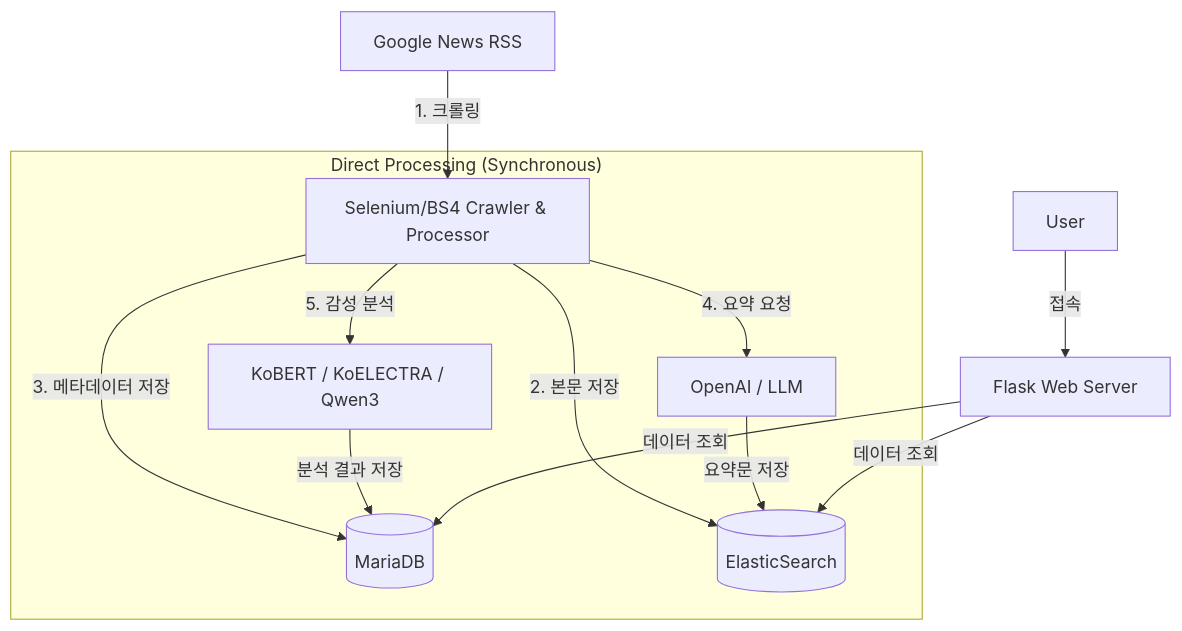
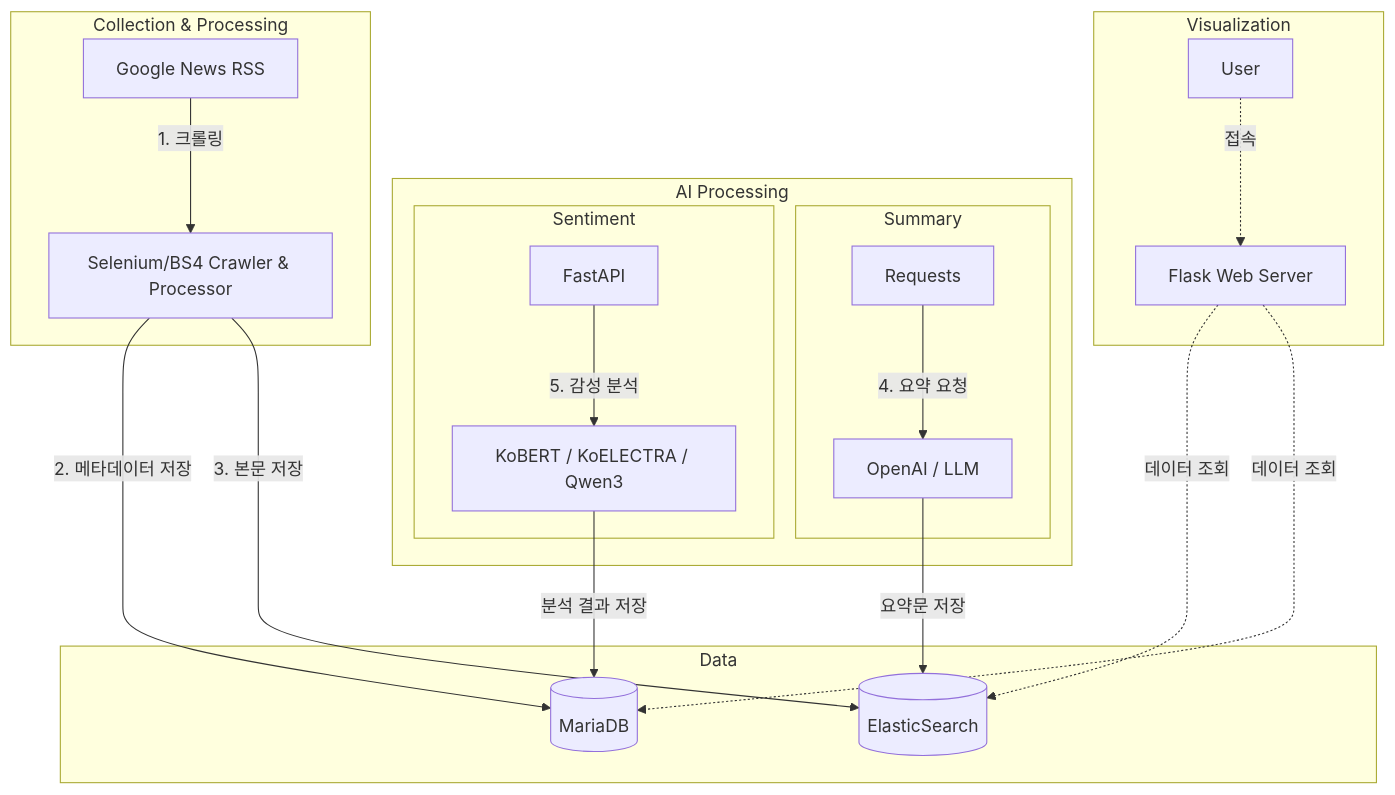
The diagram in 2-8. AI(LLM)/crawler&sentiment_analysis/v1/README.md (wocheon/2.linux), drawn with Mermaid before and after one commit. The commit also changed other lines of this file and 1 other file, not shown here.

````diff
--- a/2-8. AI(LLM)/crawler&sentiment_analysis/v1/README.md
+++ b/2-8. AI(LLM)/crawler&sentiment_analysis/v1/README.md
@@ -9,32 +9,44 @@
 ```mermaid
 graph TD
     %% 노드 정의
     RSS[Google News RSS]
     Crawler[Selenium/BS4 Crawler & Processor]
     MySQL[(MariaDB)]
     ES[(ElasticSearch)]
     LLM[OpenAI / LLM]
     Models[KoBERT / KoELECTRA / Qwen3]
+    FASTAPI[FastAPI]
+    request[Requests]
     Web[Flask Web Server]
     User[User]
 
-    %% 수집 및 즉시 처리 단계 (Sequential Processing)
-    RSS -->|1. 크롤링| Crawler
-    
-    subgraph "Direct Processing (Synchronous)"
-        Crawler -->|2. 본문 저장| ES
-        Crawler -->|3. 메타데이터 저장| MySQL
-        
-        %% 크롤러가 직접 AI 처리를 수행 (대기 시간 발생)
-        Crawler -->|4. 요약 요청| LLM
-        Crawler -->|5. 감성 분석| Models
+    subgraph "Data"
+        ES
+        MySQL
     end
     
-    LLM -->|요약문 저장| ES
-    Models -->|분석 결과 저장| MySQL
+    %% 수집 및 즉시 처리 단계 (Sequential Processing)
+    subgraph "Collection & Processing"
+        RSS -->|1. 크롤링| Crawler
+        Crawler --->|2. 메타데이터 저장| MySQL    
+        Crawler --->|3. 본문 저장| ES
+    end
 
-    %% 서비스 단계
-    User -->|접속| Web
-    Web -->|데이터 조회| MySQL
-    Web -->|데이터 조회| ES
+    
+    subgraph "AI Processing"
+        subgraph "Summary"
+            request -->|4. 요약 요청| LLM
+            LLM -->|요약문 저장| ES
+        end
+        subgraph "Sentiment"
+            FASTAPI -->|5. 감성 분석| Models
+            Models -->|분석 결과 저장| MySQL            
+        end
+    end
+
+    subgraph "Visualization"
+        Web -..->|데이터 조회| ES & MySQL
+        User -.->|접속| Web        
+    end
+    
 ```
````
